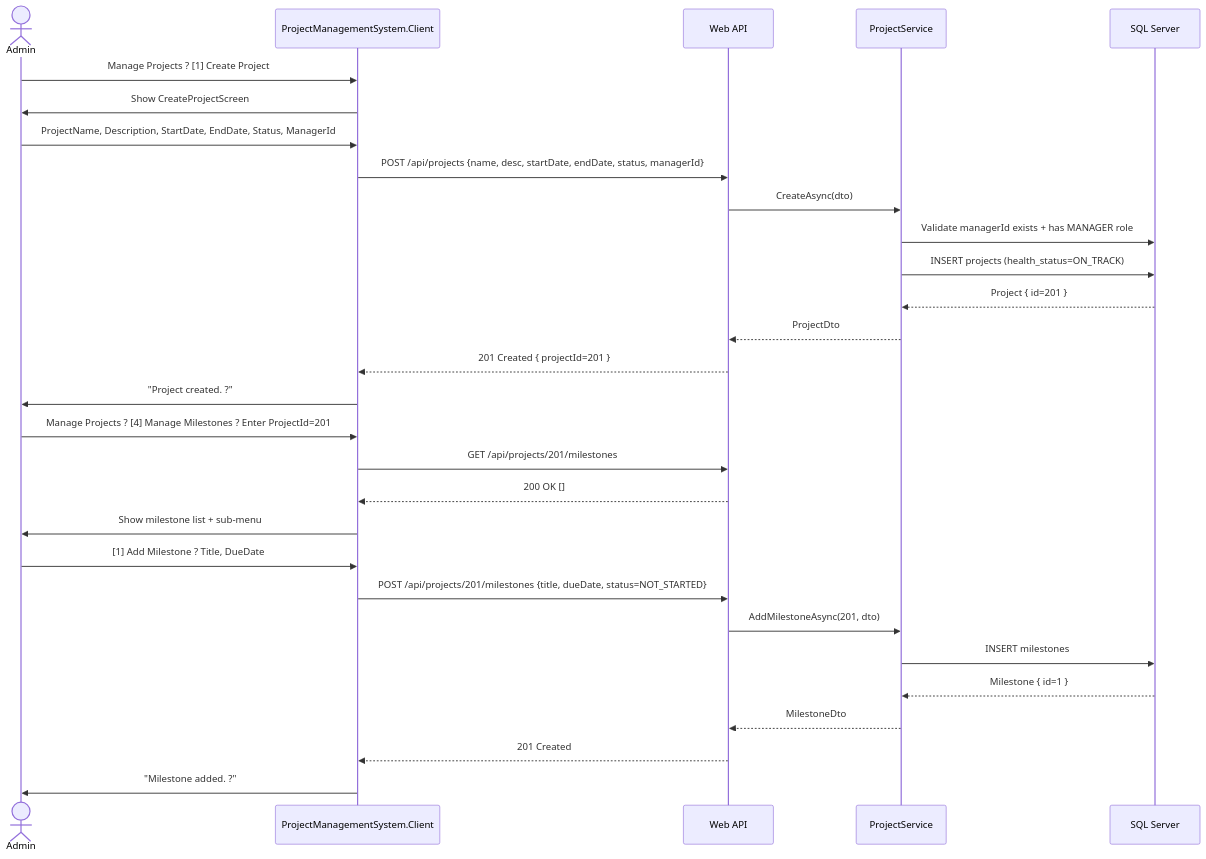
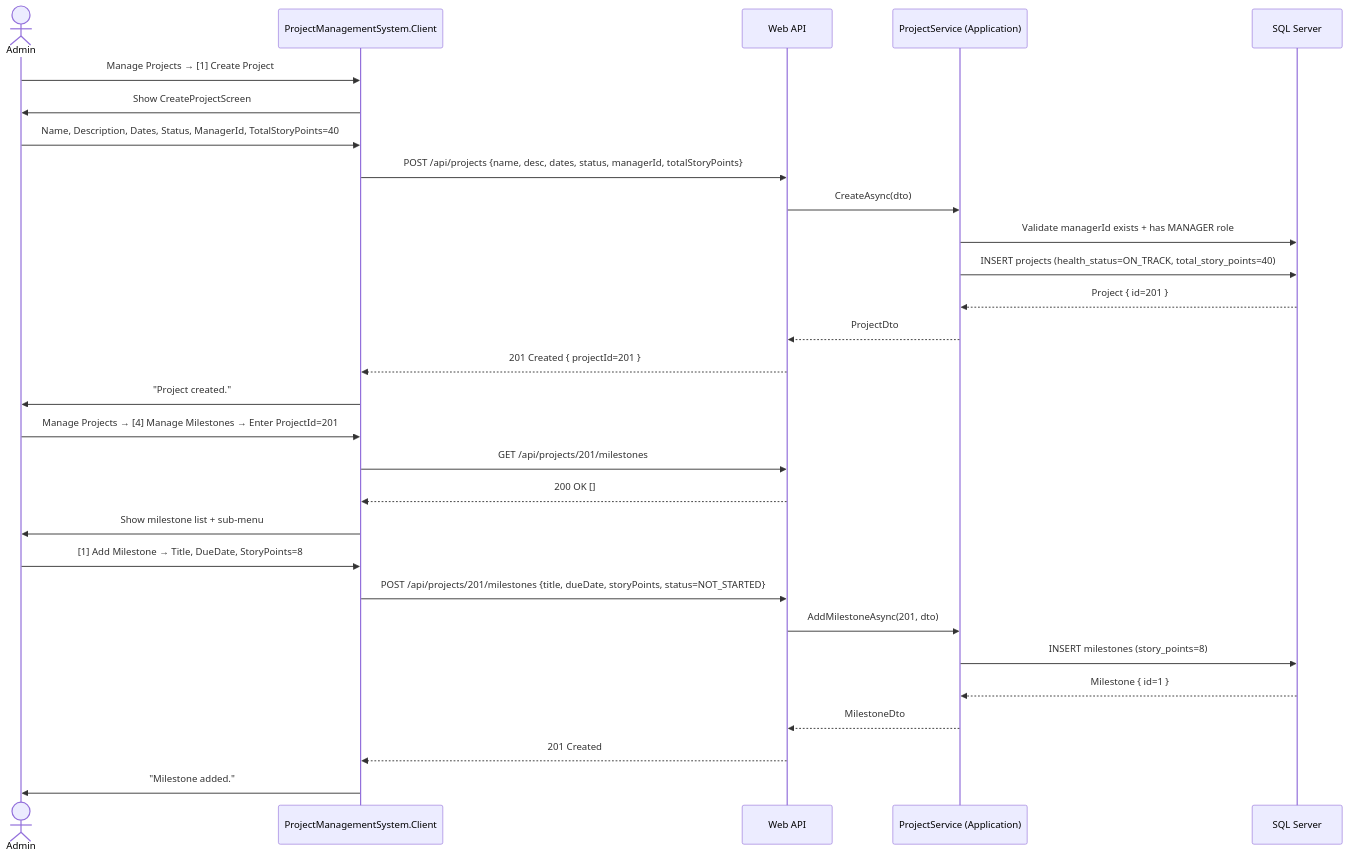
Before and after one commit to HariAdk/PRM: the fifth of 14 diagrams in docs/Solution/Sequence_Diagram.md, drawn with Mermaid. The commit also changed other lines of this file and 21 other files, not shown here.

Commit message:
Updated diagrams

````diff
--- a/docs/Solution/Sequence_Diagram.md
+++ b/docs/Solution/Sequence_Diagram.md
@@ -198,35 +185,35 @@
 ```mermaid
 sequenceDiagram
     actor Admin
     participant Client   as ProjectManagementSystem.Client
     participant API      as Web API
-    participant ProjSvc  as ProjectService
+    participant ProjSvc  as ProjectService (Application)
     participant DB       as SQL Server
 
-    Admin->>Client: Manage Projects ? [1] Create Project
+    Admin->>Client: Manage Projects → [1] Create Project
     Client->>Admin: Show CreateProjectScreen
-    Admin->>Client: ProjectName, Description, StartDate, EndDate, Status, ManagerId
+    Admin->>Client: Name, Description, Dates, Status, ManagerId, TotalStoryPoints=40
 
-    Client->>API: POST /api/projects {name, desc, startDate, endDate, status, managerId}
+    Client->>API: POST /api/projects {name, desc, dates, status, managerId, totalStoryPoints}
     API->>ProjSvc: CreateAsync(dto)
     ProjSvc->>DB: Validate managerId exists + has MANAGER role
-    ProjSvc->>DB: INSERT projects (health_status=ON_TRACK)
+    ProjSvc->>DB: INSERT projects (health_status=ON_TRACK, total_story_points=40)
     DB-->>ProjSvc: Project { id=201 }
     ProjSvc-->>API: ProjectDto
     API-->>Client: 201 Created { projectId=201 }
-    Client->>Admin: "Project created. ?"
+    Client->>Admin: "Project created."
 
-    Admin->>Client: Manage Projects ? [4] Manage Milestones ? Enter ProjectId=201
+    Admin->>Client: Manage Projects → [4] Manage Milestones → Enter ProjectId=201
     Client->>API: GET /api/projects/201/milestones
     API-->>Client: 200 OK []
     Client->>Admin: Show milestone list + sub-menu
 
-    Admin->>Client: [1] Add Milestone ? Title, DueDate
-    Client->>API: POST /api/projects/201/milestones {title, dueDate, status=NOT_STARTED}
+    Admin->>Client: [1] Add Milestone → Title, DueDate, StoryPoints=8
+    Client->>API: POST /api/projects/201/milestones {title, dueDate, storyPoints, status=NOT_STARTED}
     API->>ProjSvc: AddMilestoneAsync(201, dto)
-    ProjSvc->>DB: INSERT milestones
+    ProjSvc->>DB: INSERT milestones (story_points=8)
     DB-->>ProjSvc: Milestone { id=1 }
     ProjSvc-->>API: MilestoneDto
     API-->>Client: 201 Created
-    Client->>Admin: "Milestone added. ?"
+    Client->>Admin: "Milestone added."
 ```
````
